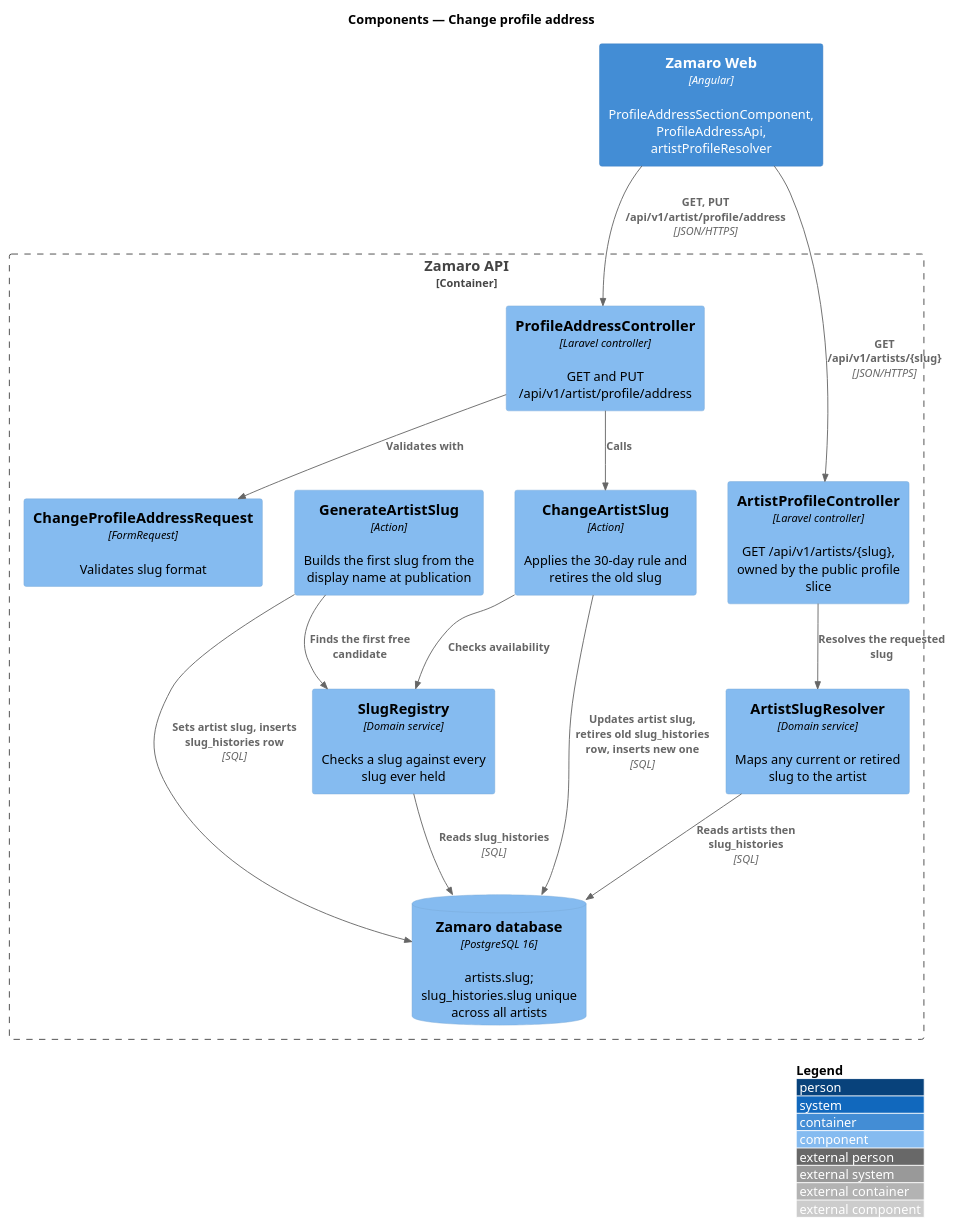
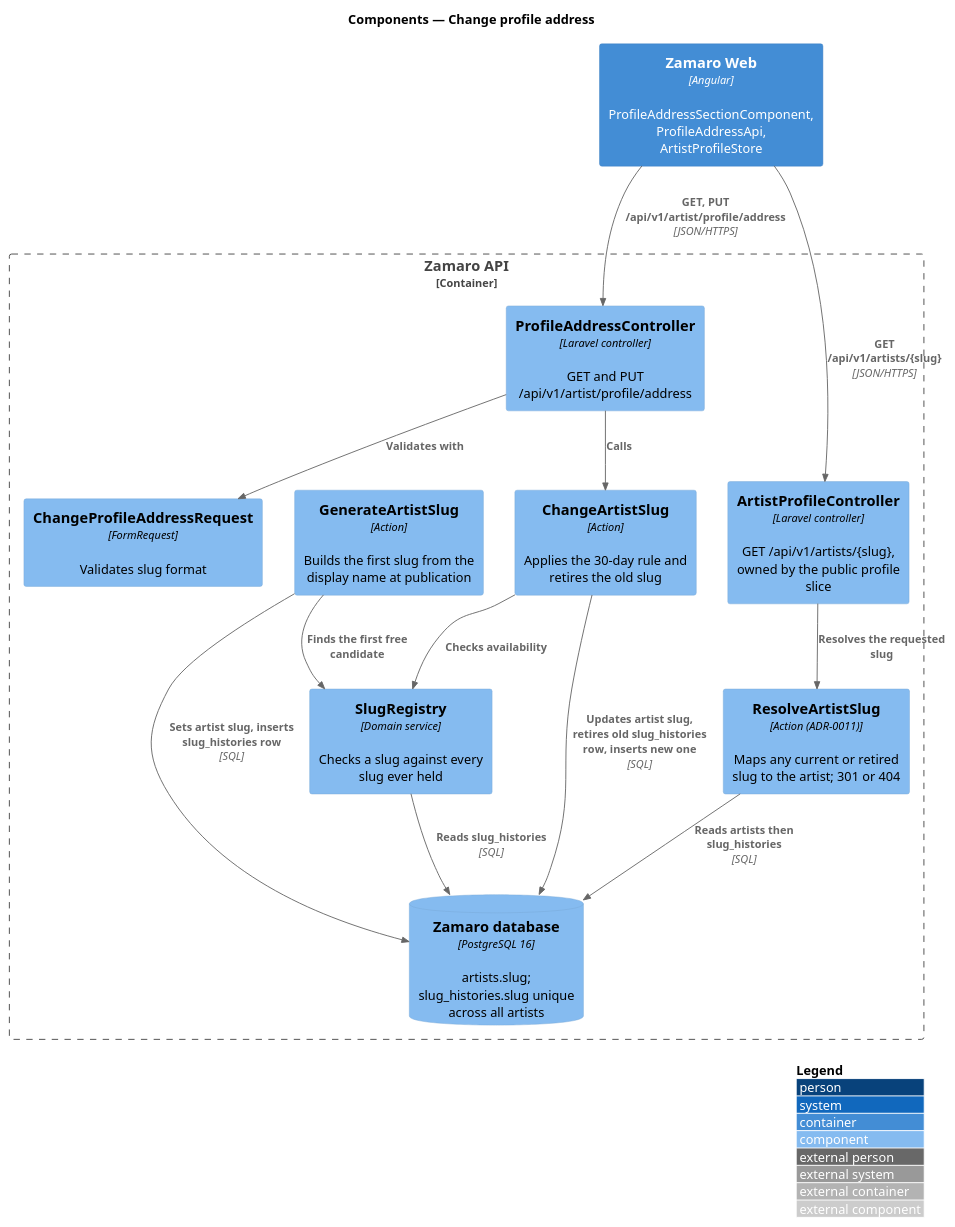
Before and after one commit to QuinntyneBrown/zamaro: the diagram in docs/detailed-designs/artist-workspace/change-profile-address/diagrams/c4-component.puml, drawn with PlantUML. The commit also changed 20 other files, not shown here.

First line of the commit message:
docs(artist-profiles): ADR-0011 slug history; record S15 as built, S16 is next

```diff
--- a/docs/detailed-designs/artist-workspace/change-profile-address/diagrams/c4-component.puml
+++ b/docs/detailed-designs/artist-workspace/change-profile-address/diagrams/c4-component.puml
@@ -1,28 +1,28 @@
 @startuml
 !include <C4/C4_Component>
 LAYOUT_WITH_LEGEND()
 title Components — Change profile address
 
-Container(web, "Zamaro Web", "Angular", "ProfileAddressSectionComponent, ProfileAddressApi, artistProfileResolver")
+Container(web, "Zamaro Web", "Angular", "ProfileAddressSectionComponent, ProfileAddressApi, ArtistProfileStore")
 Container_Boundary(api, "Zamaro API") {
   Component(ctrl, "ProfileAddressController", "Laravel controller", "GET and PUT /api/v1/artist/profile/address")
   Component(req, "ChangeProfileAddressRequest", "FormRequest", "Validates slug format")
   Component(change, "ChangeArtistSlug", "Action", "Applies the 30-day rule and retires the old slug")
   Component(gen, "GenerateArtistSlug", "Action", "Builds the first slug from the display name at publication")
   Component(registry, "SlugRegistry", "Domain service", "Checks a slug against every slug ever held")
-  Component(resolver, "ArtistSlugResolver", "Domain service", "Maps any current or retired slug to the artist")
+  Component(resolver, "ResolveArtistSlug", "Action (ADR-0011)", "Maps any current or retired slug to the artist; 301 or 404")
   Component(pub, "ArtistProfileController", "Laravel controller", "GET /api/v1/artists/{slug}, owned by the public profile slice")
   ComponentDb(db, "Zamaro database", "PostgreSQL 16", "artists.slug; slug_histories.slug unique across all artists")
 }
 Rel(web, ctrl, "GET, PUT /api/v1/artist/profile/address", "JSON/HTTPS")
 Rel(web, pub, "GET /api/v1/artists/{slug}", "JSON/HTTPS")
 Rel(ctrl, req, "Validates with")
 Rel(ctrl, change, "Calls")
 Rel(change, registry, "Checks availability")
 Rel(gen, registry, "Finds the first free candidate")
 Rel(gen, db, "Sets artist slug, inserts slug_histories row", "SQL")
 Rel(registry, db, "Reads slug_histories", "SQL")
 Rel(change, db, "Updates artist slug, retires old slug_histories row, inserts new one", "SQL")
 Rel(pub, resolver, "Resolves the requested slug")
 Rel(resolver, db, "Reads artists then slug_histories", "SQL")
 @enduml
```
